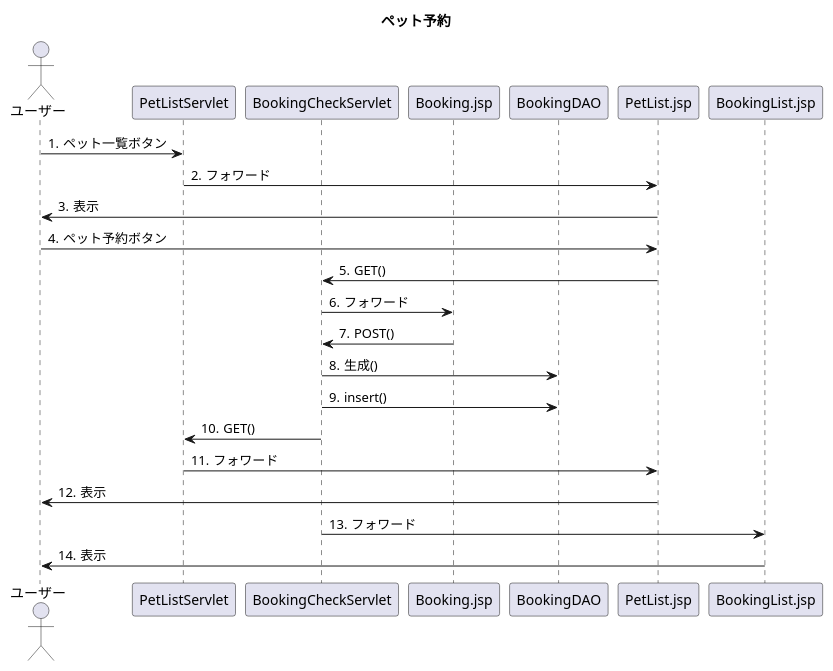
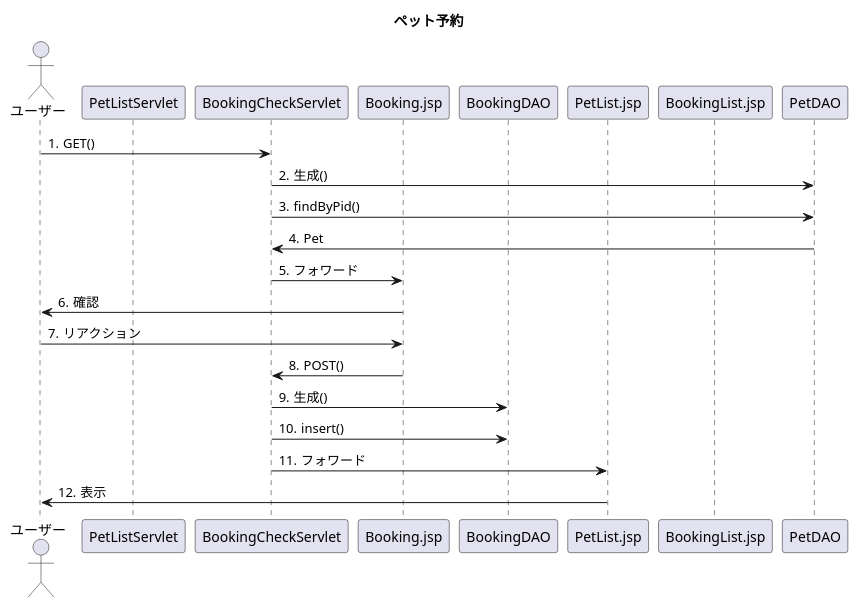
Before and after one commit to Tyamanaka07/WebSystem: the diagram in detail.uml/seq_booking.pu, drawn with PlantUML. The commit also changed 1 other file, not shown here.

```diff
--- a/detail.uml/seq_booking.pu
+++ b/detail.uml/seq_booking.pu
@@ -1,28 +1,28 @@
 @startuml
 title ペット予約
 actor ユーザー
 participant PetListServlet
 participant BookingCheckServlet
 participant Booking.jsp
 participant BookingDAO
 participant PetList.jsp
 participant BookingList.jsp
 autonumber "#."
 
-ユーザー->PetListServlet : ペット一覧ボタン
-PetListServlet->PetList.jsp : フォワード
-PetList.jsp->ユーザー : 表示
-ユーザー->PetList.jsp : ペット予約ボタン
-PetList.jsp ->BookingCheckServlet : GET()
+
+ユーザー->BookingCheckServlet : GET()
+BookingCheckServlet->PetDAO : 生成()
+BookingCheckServlet->PetDAO : findByPid()
+PetDAO->BookingCheckServlet : Pet
 BookingCheckServlet->Booking.jsp : フォワード
+Booking.jsp->ユーザー : 確認
+ユーザー->Booking.jsp : リアクション
 Booking.jsp->BookingCheckServlet : POST()
 BookingCheckServlet->BookingDAO : 生成()
 BookingCheckServlet->BookingDAO : insert()
-BookingCheckServlet->PetListServlet : GET()
-PetListServlet->PetList.jsp : フォワード
+BookingCheckServlet->PetList.jsp : フォワード
 PetList.jsp->ユーザー : 表示
-BookingCheckServlet->BookingList.jsp : フォワード
-BookingList.jsp->ユーザー : 表示
+
 
 
 @enduml
```
